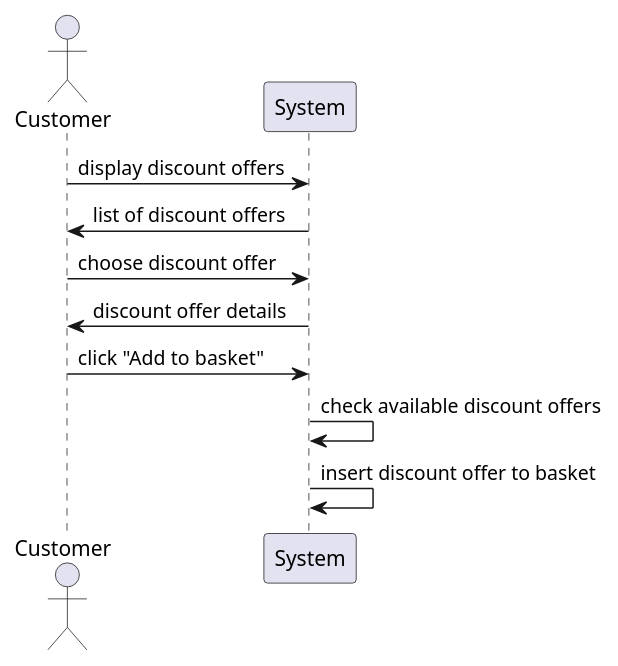
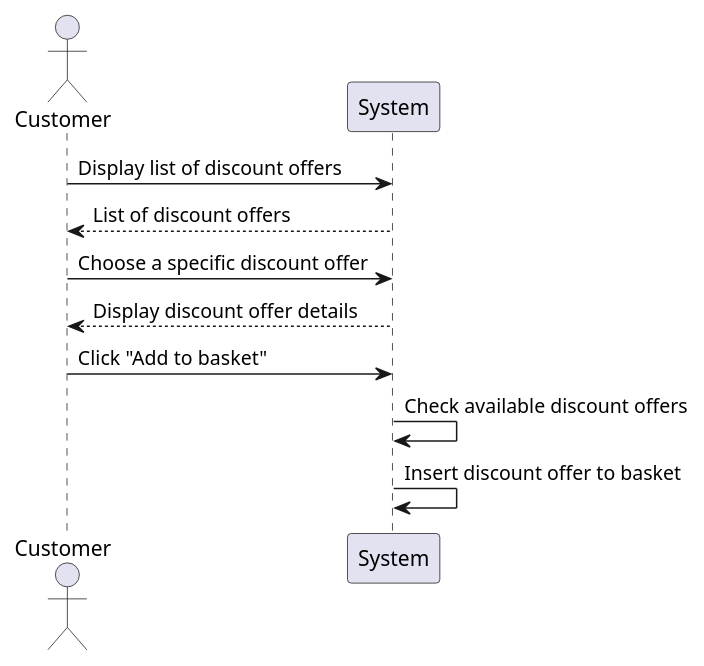
Before and after one commit to wbfenijo/Bakalarka: the diagram in data/outputsAI/SD2.puml, drawn with PlantUML. The commit also changed 2 other files, not shown here.

```diff
--- a/data/outputsAI/SD2.puml
+++ b/data/outputsAI/SD2.puml
@@ -1,14 +1,12 @@
 @startuml
 actor Customer
 participant System
 
-Customer -> System: display discount offers
-System -> Customer: list of discount offers
-
-Customer -> System: choose discount offer
-System -> Customer: discount offer details
-
-Customer -> System: click "Add to basket"
-System -> System: check available discount offers
-System -> System: insert discount offer to basket
+Customer -> System : Display list of discount offers
+System --> Customer : List of discount offers
+Customer -> System : Choose a specific discount offer
+System --> Customer : Display discount offer details
+Customer -> System : Click "Add to basket"
+System -> System : Check available discount offers
+System -> System : Insert discount offer to basket
 @enduml
```
